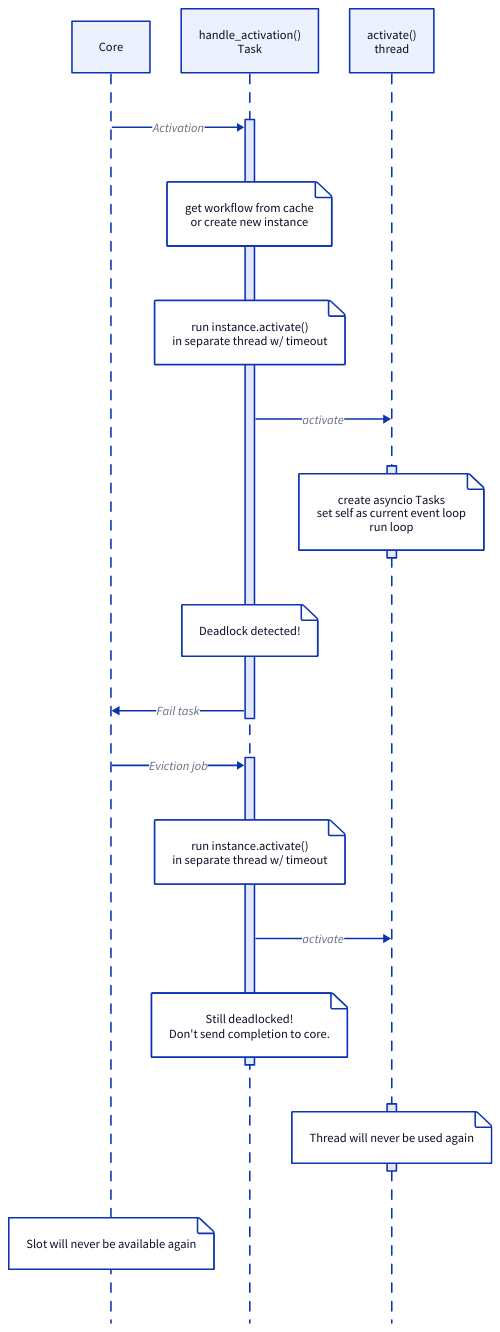
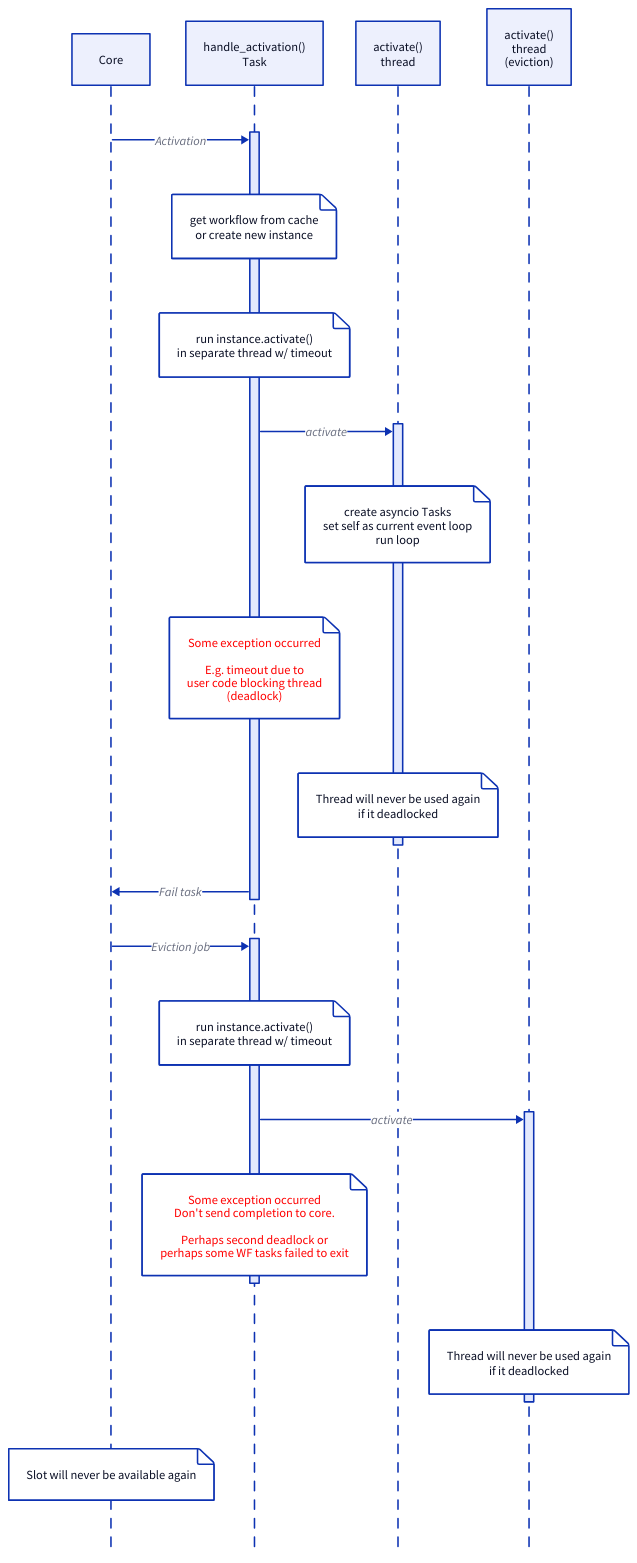
One commit to dandavison/temporalio-notes changed the diagram in diagrams/python-deadlock-1.d2. Above: the diagram before and after it, drawn with D2. The commit also changed 2 other files, not shown here.

Commit message:
Updated python deadlock diagrams

```diff
--- a/diagrams/python-deadlock-1.d2
+++ b/diagrams/python-deadlock-1.d2
@@ -1,27 +1,35 @@
 shape: sequence_diagram
 
 C: {
   label: Core
 }
 
 HA: {
   label: handle_activation()\nTask
 }
 
-A: {
+A1: {
   label: activate()\nthread
+}
+A2: {
+  label: activate()\nthread\n(eviction)
 }
 
 C -> HA.1: "Activation"
 HA.1.1: "get workflow from cache\nor create new instance"
 HA.1.2: "run instance.activate()\nin separate thread w/ timeout"
-HA.1 -> A: activate
-A.1.1: "create asyncio Tasks\nset self as current event loop\nrun loop"
-HA.1.3: Deadlock detected!
+HA.1 -> A1.1: activate
+A1.1.1: "create asyncio Tasks\nset self as current event loop\nrun loop"
+HA.1.3: Some exception occurred\n\nE.g. timeout due to\nuser code blocking thread\n(deadlock) {
+  style.font-color: red
+}
+A1.1.2: Thread will never be used again\nif it deadlocked
 HA.1 -> C: "Fail task"
 C -> HA.2: "Eviction job"
 HA.2.1: "run instance.activate()\nin separate thread w/ timeout"
-HA.2 -> A: activate
-HA.2.2: Still deadlocked!\nDon't send completion to core.
-A.2.1: Thread will never be used again
+HA.2 -> A2.1: activate
+HA.2.2: Some exception occurred\nDon't send completion to core.\n\nPerhaps second deadlock or\nperhaps some WF tasks failed to exit {
+  style.font-color: red
+}
+A2.1.1: Thread will never be used again\nif it deadlocked
 C.1: Slot will never be available again
```
